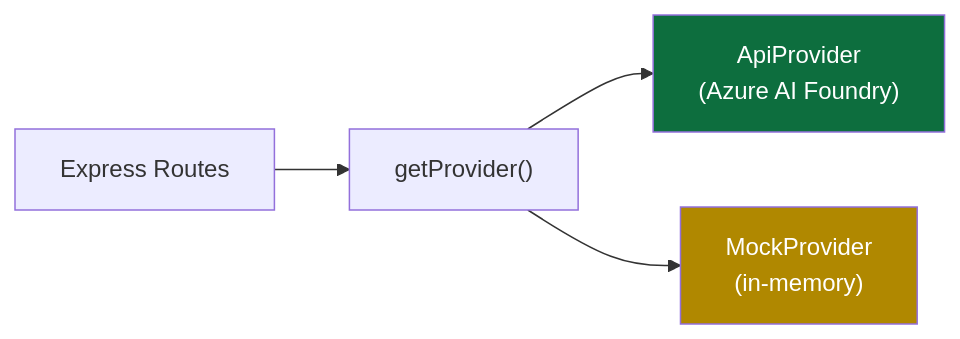
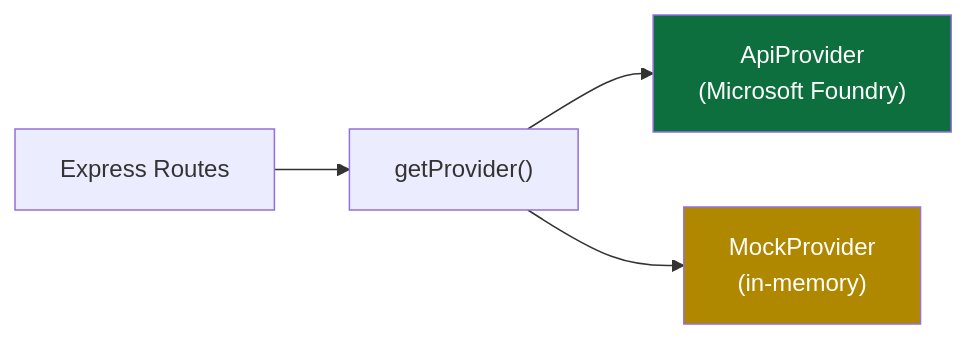
The third of 5 diagrams in docs/src/1-getting-started/architecture.md (Azure-Samples/foundry-azure-local-chat), drawn with Mermaid before and after one commit. The commit also changed other lines of this file and 62 other files, not shown here.

````diff
--- a/docs/src/1-getting-started/architecture.md
+++ b/docs/src/1-getting-started/architecture.md
@@ -75,9 +75,9 @@
 ```mermaid
 flowchart LR
     A["Express Routes"] --> B["getProvider()"]
-    B --> C["ApiProvider<br/>(Azure AI Foundry)"]
+    B --> C["ApiProvider<br/>(Microsoft Foundry)"]
     B --> D["MockProvider<br/>(in-memory)"]
 
     style C fill:#0d6e3e,color:#fff
     style D fill:#b08800,color:#fff
 ```
````
